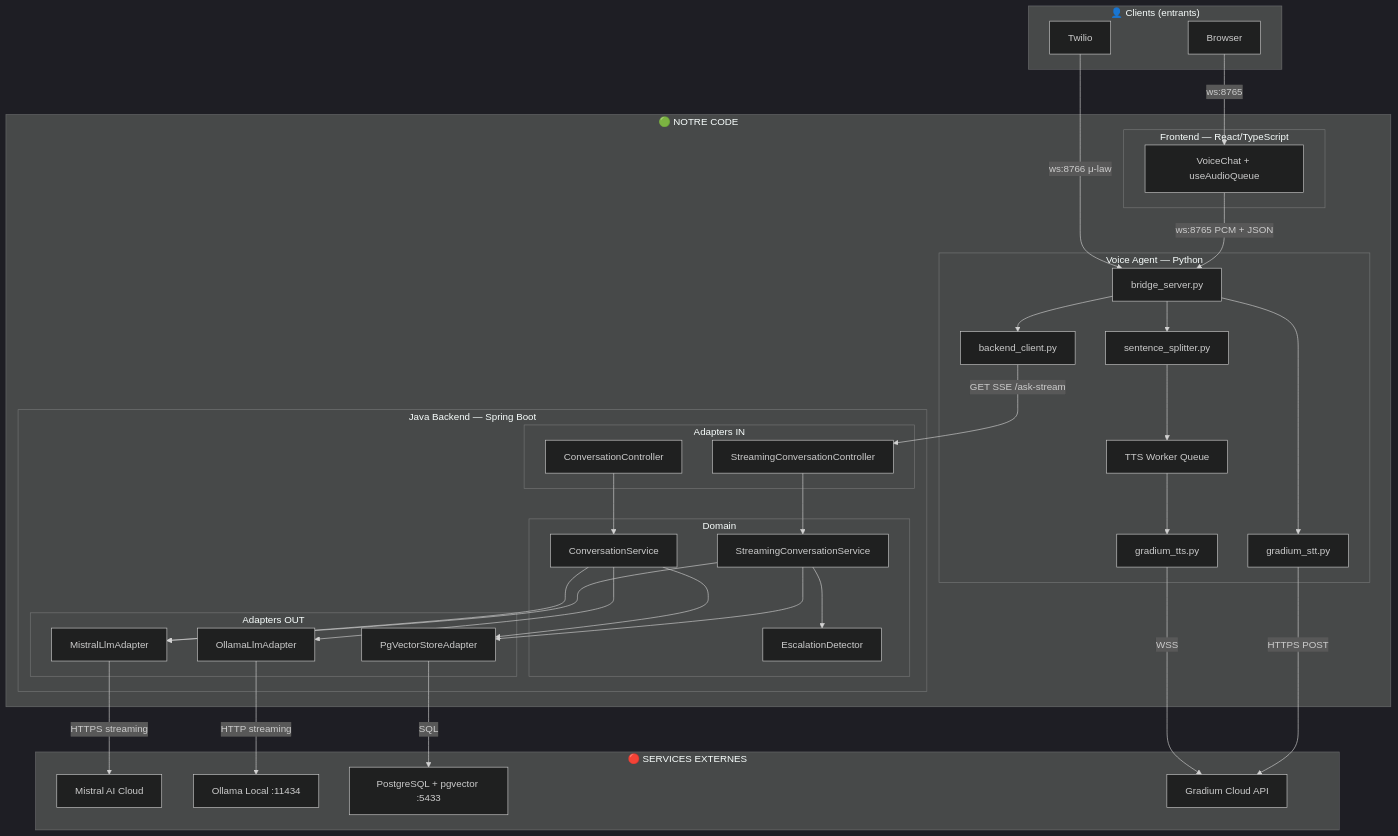
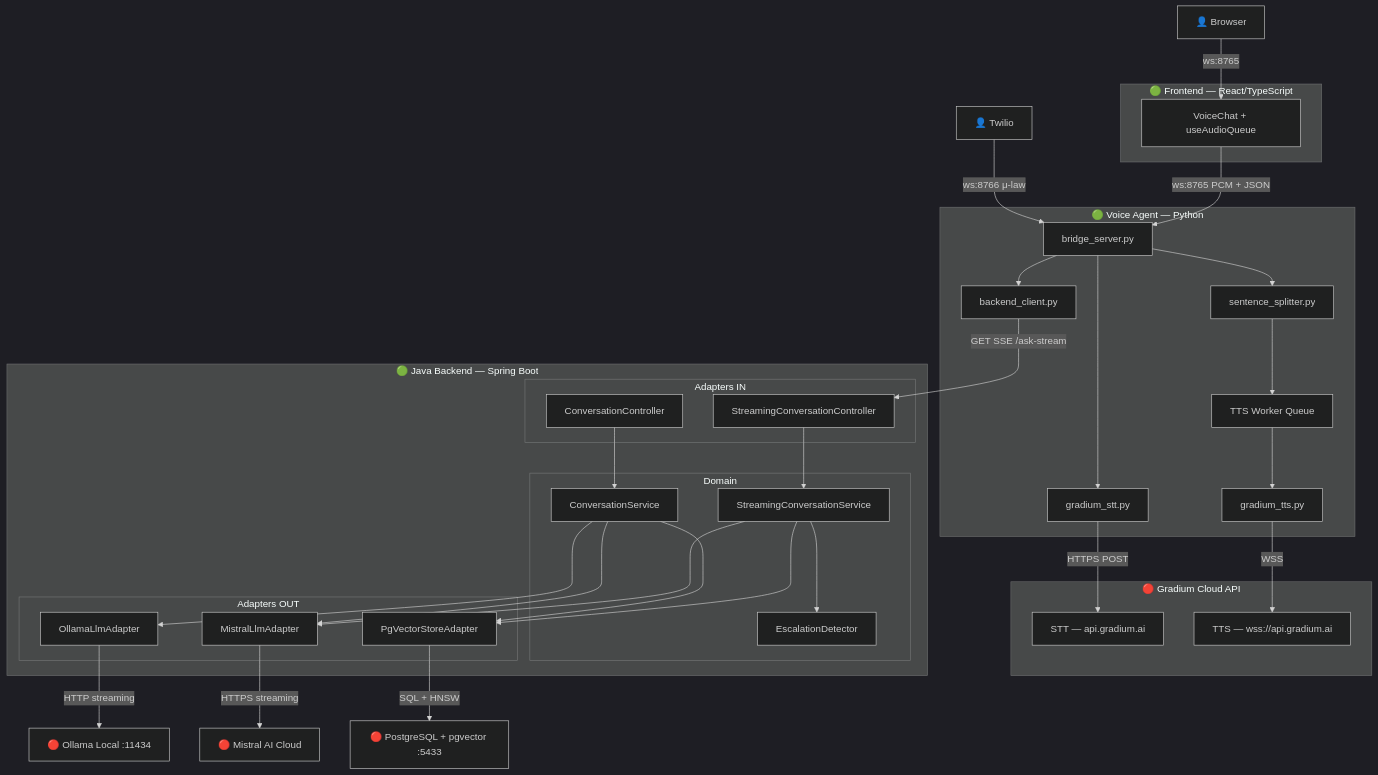
The first of 2 diagrams in docs/architecture.md (tgrimaud/V2V), drawn with Mermaid (dark theme) before and after one commit. The commit also changed other lines of this file, not shown here.

Commit message:
docs: separate diagram boxes with color badges instead of grouping
Each box has its own 🟢/🔴 badge. External services are placed
near their caller (Gradium next to voice agent, Mistral/Ollama/PG
next to backend) instead of being grouped in a single remote box.

````diff
--- a/docs/architecture.md
+++ b/docs/architecture.md
@@ -14,59 +14,67 @@
 ```mermaid
 graph TB
-    subgraph clients ["👤 Clients (entrants)"]
-        Browser[Browser]
-        Twilio[Twilio]
+    %% ─── Clients ───
+    Browser["👤 Browser"]
+    Twilio["👤 Twilio"]
+
+    %% ─── Notre code : Frontend ───
+    subgraph frontend ["🟢 Frontend — React/TypeScript"]
+        VoiceChat[VoiceChat + useAudioQueue]
     end
 
-    subgraph app ["🟢 NOTRE CODE"]
-        subgraph frontend [Frontend — React/TypeScript]
-            VoiceChat[VoiceChat + useAudioQueue]
+    %% ─── Notre code : Voice Agent ───
+    subgraph voiceAgent ["🟢 Voice Agent — Python"]
+        BridgeServer[bridge_server.py]
+        SttClient[gradium_stt.py]
+        TtsClient[gradium_tts.py]
+        SentenceSplitter[sentence_splitter.py]
+        TTSWorker[TTS Worker Queue]
+        BackendClient[backend_client.py]
+    end
+
+    %% ─── Externe : Gradium (proche du voice agent qui l'appelle) ───
+    subgraph gradium ["🔴 Gradium Cloud API"]
+        GradiumSTT[STT — api.gradium.ai]
+        GradiumTTS[TTS — wss://api.gradium.ai]
+    end
+
+    %% ─── Notre code : Java Backend ───
+    subgraph backend ["🟢 Java Backend — Spring Boot"]
+        subgraph adaptersIn [Adapters IN]
+            ConvController[ConversationController]
+            StreamController[StreamingConversationController]
         end
-
-        subgraph voiceAgent [Voice Agent — Python]
-            BridgeServer[bridge_server.py]
-            SttClient[gradium_stt.py]
-            TtsClient[gradium_tts.py]
-            SentenceSplitter[sentence_splitter.py]
-            TTSWorker[TTS Worker Queue]
-            BackendClient[backend_client.py]
+        subgraph domain [Domain]
+            ConvService[ConversationService]
+            StreamService[StreamingConversationService]
+            EscDetector[EscalationDetector]
         end
-
-        subgraph backend [Java Backend — Spring Boot]
-            subgraph adaptersIn [Adapters IN]
-                ConvController[ConversationController]
-                StreamController[StreamingConversationController]
-            end
-            subgraph domain [Domain]
-                ConvService[ConversationService]
-                StreamService[StreamingConversationService]
-                EscDetector[EscalationDetector]
-            end
-            subgraph adaptersOut [Adapters OUT]
-                MistralAdapter[MistralLlmAdapter]
-                OllamaAdapter[OllamaLlmAdapter]
-                PgVecAdapter[PgVectorStoreAdapter]
-            end
+        subgraph adaptersOut [Adapters OUT]
+            MistralAdapter[MistralLlmAdapter]
+            OllamaAdapter[OllamaLlmAdapter]
+            PgVecAdapter[PgVectorStoreAdapter]
         end
     end
 
-    subgraph external ["🔴 SERVICES EXTERNES"]
-        MistralAPI[Mistral AI Cloud]
-        Ollama[Ollama Local :11434]
-        PgVector[PostgreSQL + pgvector :5433]
-        GradiumAPI[Gradium Cloud API]
-    end
+    %% ─── Externes : LLM + DB (proches du backend qui les appelle) ───
+    MistralAPI["🔴 Mistral AI Cloud"]
+    Ollama["🔴 Ollama Local :11434"]
+    PgVector["🔴 PostgreSQL + pgvector :5433"]
 
+    %% ─── Flux entrants ───
     Browser -->|"ws:8765"| VoiceChat
     VoiceChat -->|"ws:8765 PCM + JSON"| BridgeServer
     Twilio -->|"ws:8766 μ-law"| BridgeServer
 
+    %% ─── Voice Agent → Gradium (externe) ───
     BridgeServer --> SttClient
-    SttClient -->|"HTTPS POST"| GradiumAPI
+    SttClient -->|"HTTPS POST"| GradiumSTT
 
+    %% ─── Voice Agent → Backend (interne) ───
     BridgeServer --> BackendClient
     BackendClient -->|"GET SSE /ask-stream"| StreamController
 
+    %% ─── Backend interne ───
     StreamController --> StreamService
     StreamService --> EscDetector
     StreamService --> MistralAdapter
@@ -77,12 +85,14 @@
     ConvService --> OllamaAdapter
     ConvService --> PgVecAdapter
 
+    %% ─── Voice Agent → TTS (externe) ───
     BridgeServer --> SentenceSplitter
     SentenceSplitter --> TTSWorker
     TTSWorker --> TtsClient
-    TtsClient -->|"WSS"| GradiumAPI
+    TtsClient -->|"WSS"| GradiumTTS
 
+    %% ─── Backend → Services externes ───
     MistralAdapter -->|"HTTPS streaming"| MistralAPI
     OllamaAdapter -->|"HTTP streaming"| Ollama
-    PgVecAdapter -->|"SQL"| PgVector
+    PgVecAdapter -->|"SQL + HNSW"| PgVector
 ```
````
